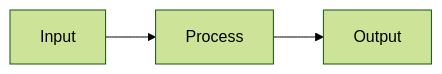
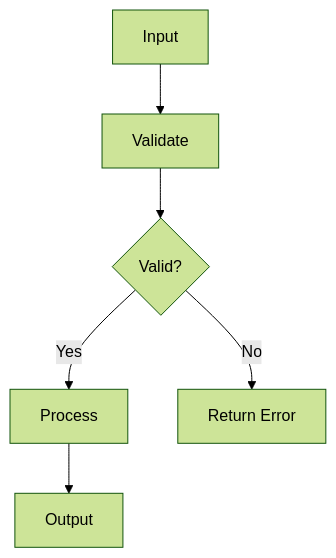
One commit to tiniest-fox/orkestra changed the diagram in crates/orkestra-prompt/src/templates/system_prompt.md. Above: the diagram before and after it, drawn with Mermaid (forest theme). The commit also changed other lines of this file and 4 other files, not shown here.

````diff
--- a/crates/orkestra-prompt/src/templates/system_prompt.md
+++ b/crates/orkestra-prompt/src/templates/system_prompt.md
@@ -26,4 +34,8 @@
 ```mermaid
-graph LR
-  A[Input] --> B[Process] --> C[Output]
+graph TD
+  A[Input] --> B[Validate]
+  B --> C{Valid?}
+  C -->|Yes| D[Process]
+  C -->|No| E[Return Error]
+  D --> F[Output]
 ```
````
